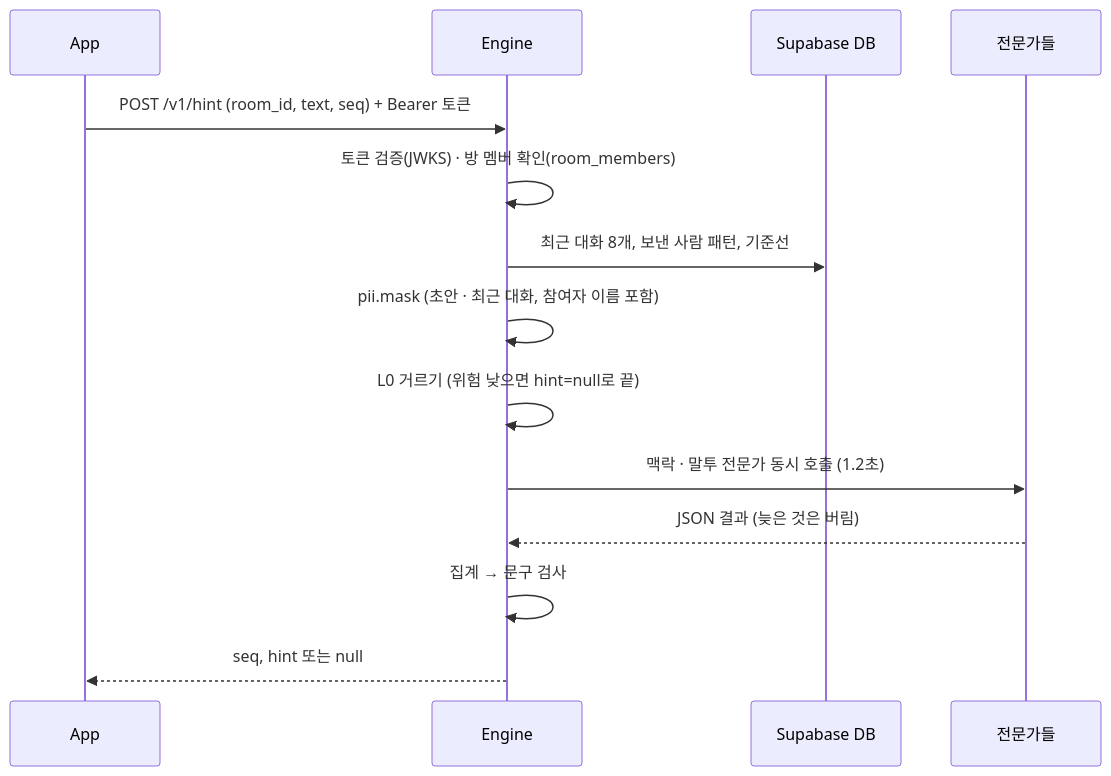
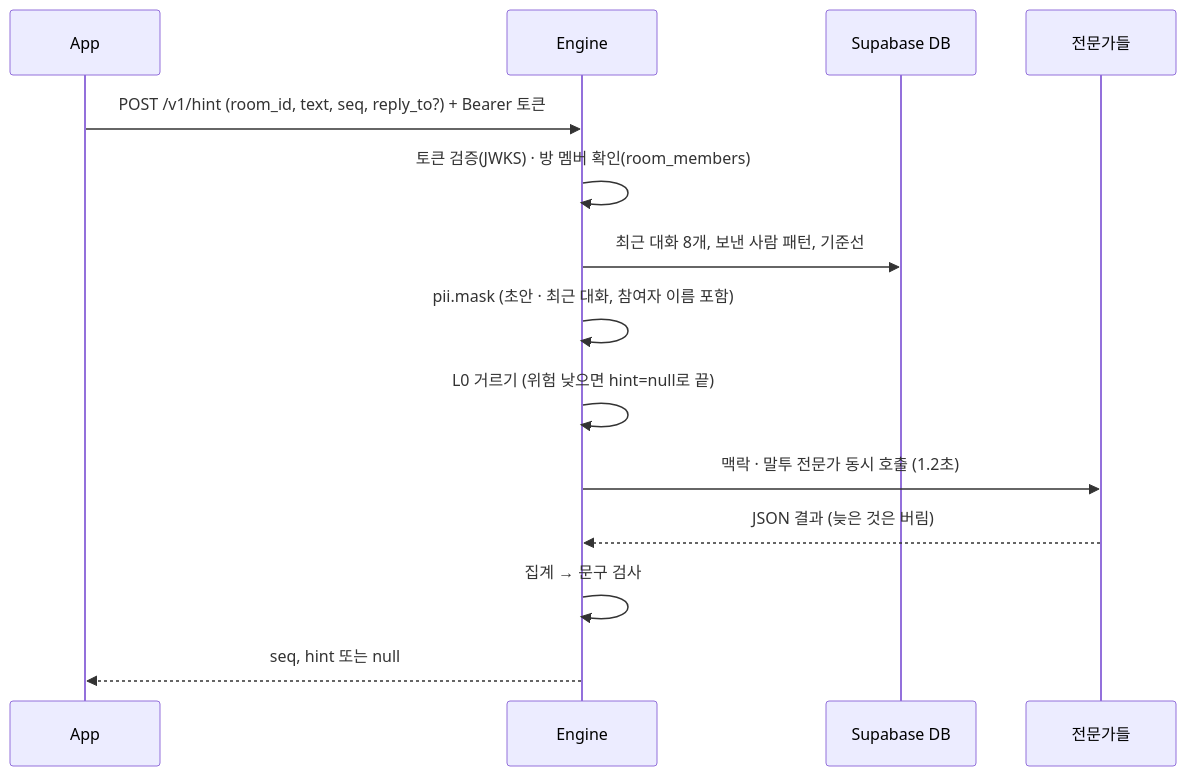
The second of 2 diagrams in ARCHITECTURE.md (Daegyu519/Adventure_Design), drawn with Mermaid before and after one commit. The commit also changed other lines of this file and 3 other files, not shown here.

````diff
--- a/ARCHITECTURE.md
+++ b/ARCHITECTURE.md
@@ -117,16 +117,16 @@
 ```mermaid
 sequenceDiagram
   participant App
   participant Engine
   participant DB as Supabase DB
   participant Experts as 전문가들
-  App->>Engine: POST /v1/hint (room_id, text, seq) + Bearer 토큰
+  App->>Engine: POST /v1/hint (room_id, text, seq, reply_to?) + Bearer 토큰
   Engine->>Engine: 토큰 검증(JWKS) · 방 멤버 확인(room_members)
   Engine->>DB: 최근 대화 8개, 보낸 사람 패턴, 기준선
   Engine->>Engine: pii.mask (초안 · 최근 대화, 참여자 이름 포함)
   Engine->>Engine: L0 거르기 (위험 낮으면 hint=null로 끝)
   Engine->>Experts: 맥락 · 말투 전문가 동시 호출 (1.2초)
   Experts-->>Engine: JSON 결과 (늦은 것은 버림)
   Engine->>Engine: 집계 → 문구 검사
   Engine-->>App: seq, hint 또는 null
 ```
````
